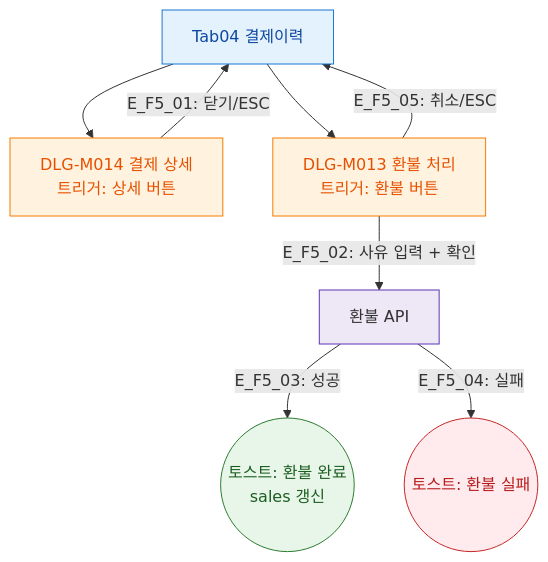
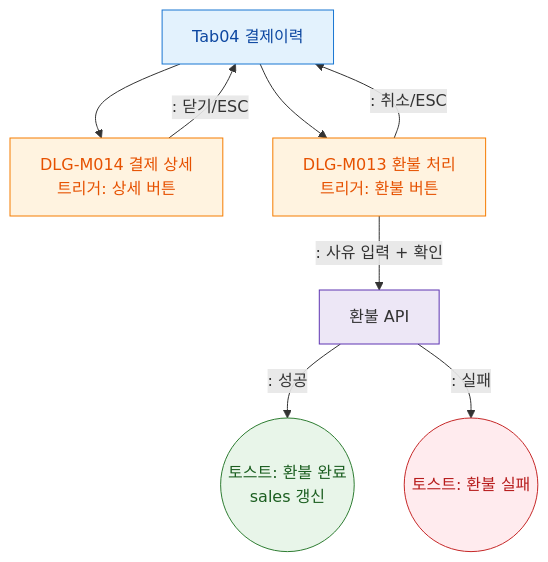
The diagram in docs/다이어그램/D02_회원관리/SCR-M004_회원상세/Tab04_결제이력/F5_모달트리거.md (dev-spogym/admin-pando), drawn with Mermaid before and after one commit. The commit also changed other lines of this file and 1660 other files, not shown here.

First line of the commit message:
다이어그램: 기획자/클라이언트 납품본으로 정리

````diff
--- a/docs/다이어그램/D02_회원관리/SCR-M004_회원상세/Tab04_결제이력/F5_모달트리거.md
+++ b/docs/다이어그램/D02_회원관리/SCR-M004_회원상세/Tab04_결제이력/F5_모달트리거.md
@@ -22,25 +20,25 @@
 ```mermaid
 flowchart TD
   TAB[Tab04 결제이력] --> DLG_M014
   TAB --> DLG_M013
 
   DLG_M014[DLG-M014 결제 상세\n트리거: 상세 버튼]
-  DLG_M014 -->|"E_F5_01: 닫기/ESC"| TAB
+  DLG_M014 -->|": 닫기/ESC"|TAB
 
   DLG_M013[DLG-M013 환불 처리\n트리거: 환불 버튼]
-  DLG_M013 -->|"E_F5_02: 사유 입력 + 확인"| REF_API[환불 API]
-  REF_API -->|"E_F5_03: 성공"| REF_OK((토스트: 환불 완료\nsales 갱신))
-  REF_API -->|"E_F5_04: 실패"| REF_ERR((토스트: 환불 실패))
-  DLG_M013 -->|"E_F5_05: 취소/ESC"| TAB
+  DLG_M013 -->|": 사유 입력 + 확인"|REF_API[환불 API]
+  REF_API -->|": 성공"|REF_OK((토스트: 환불 완료\nsales 갱신))
+  REF_API -->|": 실패"|REF_ERR((토스트: 환불 실패))
+  DLG_M013 -->|": 취소/ESC"|TAB
 
   classDef screen fill:#E3F2FD,stroke:#1976D2,color:#0D47A1
   classDef modal fill:#FFF3E0,stroke:#F57C00,color:#E65100
   classDef success fill:#E8F5E9,stroke:#2E7D32,color:#1B5E20
   classDef error fill:#FFEBEE,stroke:#C62828,color:#B71C1C
   classDef system fill:#EDE7F6,stroke:#5E35B2
   class TAB screen
   class DLG_M014,DLG_M013 modal
   class REF_OK success
   class REF_ERR error
   class REF_API system
 ```
````
